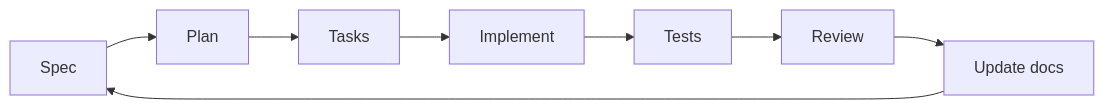
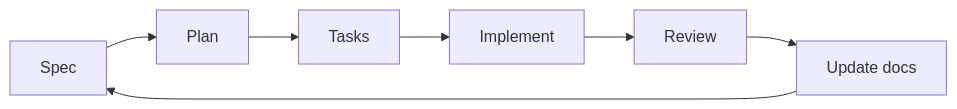
The diagram in templates/base/docs/ARCHITECTURE.md (titozeio/AgileSDD), drawn with Mermaid before and after one commit. The commit also changed other lines of this file and 8 other files, not shown here.

````diff
--- a/templates/base/docs/ARCHITECTURE.md
+++ b/templates/base/docs/ARCHITECTURE.md
@@ -28,10 +29,9 @@
 ```mermaid
 flowchart LR
   A[Spec] --> B[Plan]
   B[Plan] --> C[Tasks]
   C[Tasks] --> D[Implement]
-  D[Implement] --> E[Tests]
-  E[Tests] --> F[Review]
-  F[Review] --> G[Update docs]
-  G[Update docs] --> A
+  D[Implement] --> E[Review]
+  E[Review] --> F[Update docs]
+  F[Update docs] --> A
 ```
````
